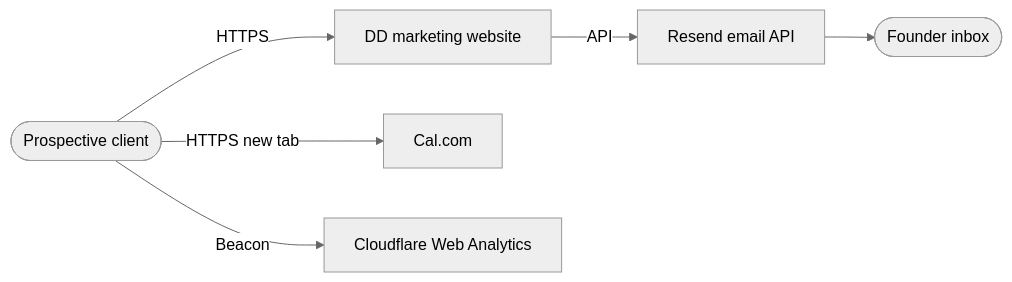
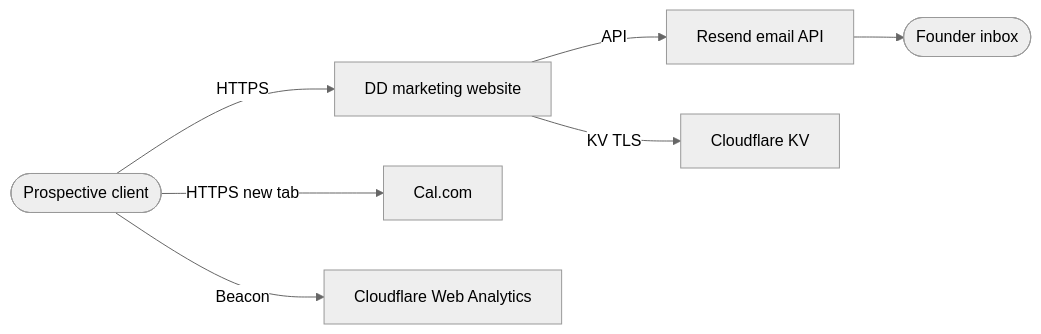
Before and after one commit to ddsofttech/oceanflows: the first of 2 diagrams in docs/SYSTEM-ARCHITECTURE.md, drawn with Mermaid (neutral theme). The commit also changed other lines of this file and 8 other files, not shown here.

````diff
--- a/docs/SYSTEM-ARCHITECTURE.md
+++ b/docs/SYSTEM-ARCHITECTURE.md
@@ -11,10 +11,11 @@
 ```mermaid
 flowchart LR
   visitor(["Prospective client"])
   founder(["Founder inbox"])
   visitor -->|HTTPS| site["DD marketing website"]
   site -->|API| resend["Resend email API"]
   resend --> founder
   visitor -->|HTTPS new tab| cal["Cal.com"]
   visitor -->|Beacon| analytics["Cloudflare Web Analytics"]
+  site -->|KV TLS| kv["Cloudflare KV"]
 ```
````
